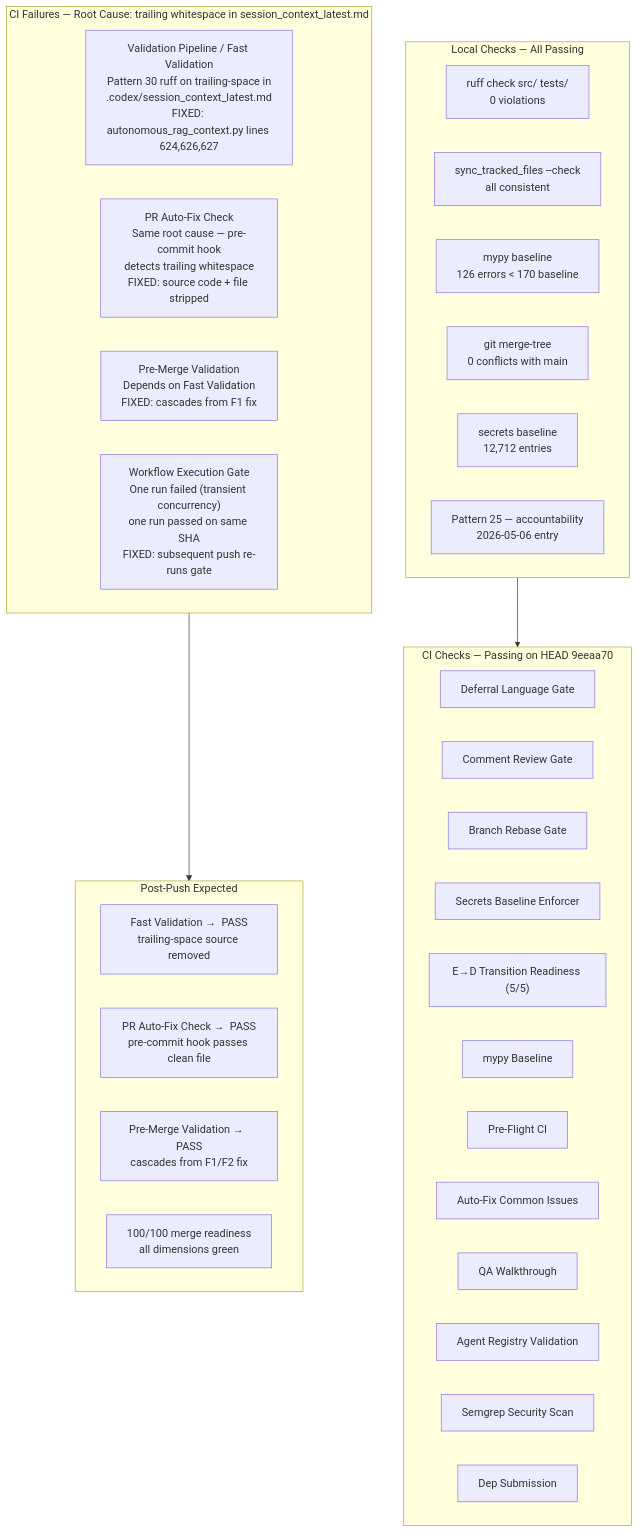
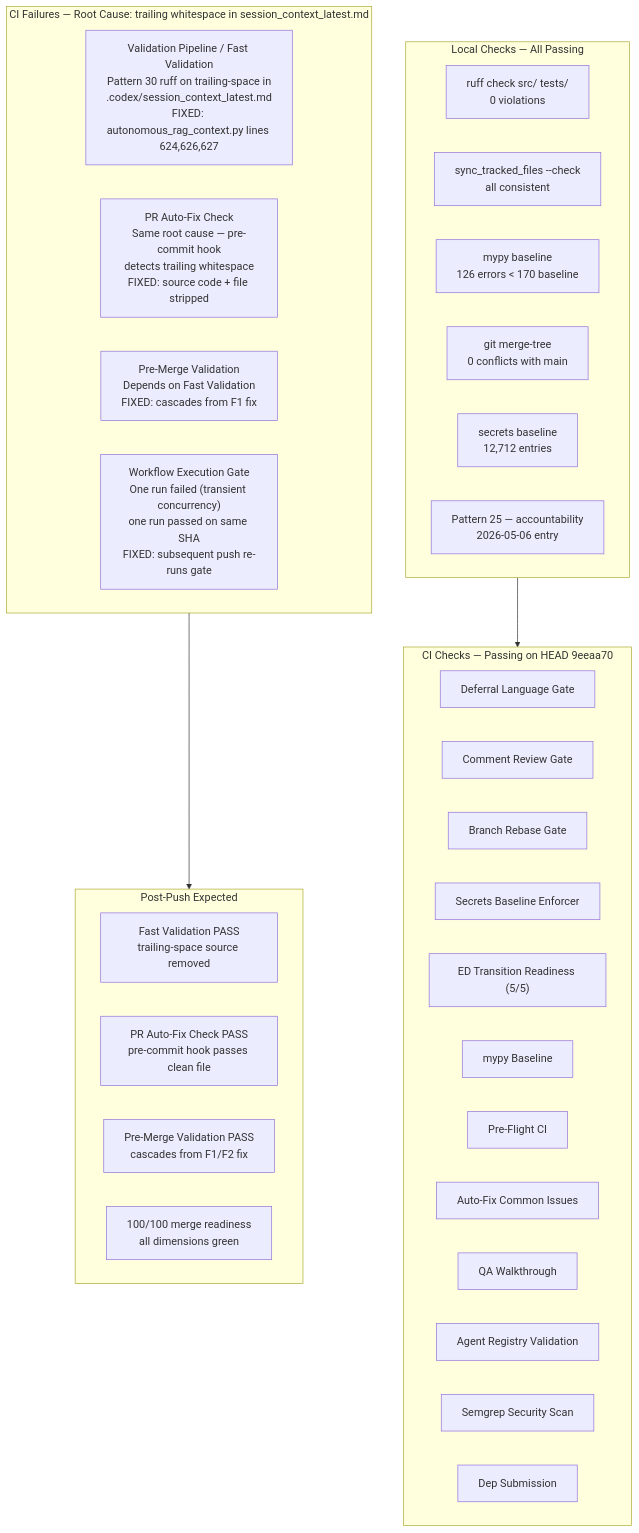
The first of 16 diagrams in docs/roadmap/PR4317_whats_next.md (Aries-Serpent/_codex_), drawn with Mermaid before and after one commit. The commit also changed other lines of this file and 4117 other files, not shown here.

````diff
--- a/docs/roadmap/PR4317_whats_next.md
+++ b/docs/roadmap/PR4317_whats_next.md
@@ -15,44 +15,46 @@
 ```mermaid
 %%{init: {'accessibility': {'title': 'Flowchart showing " Local Checks — All Passing", "ruff check src/ tests/\n0 violations "'}}%%
+
 flowchart TD
-    subgraph LOCAL[" Local Checks — All Passing"]
-        R["ruff check src/ tests/\n0 violations "]
-        S["sync_tracked_files --check\nall consistent "]
-        M["mypy baseline\n126 errors < 170 baseline "]
-        MC["git merge-tree\n0 conflicts with main "]
-        SEC["secrets baseline\n12,712 entries "]
-        P25["Pattern 25 — accountability\n2026-05-06 entry "]
-    end
+ subgraph LOCAL[" Local Checks — All Passing"]
+ R["ruff check src/ tests/\n0 violations "]
+ S["sync_tracked_files --check\nall consistent "]
+ M["mypy baseline\n126 errors < 170 baseline "]
+ MC["git merge-tree\n0 conflicts with main "]
+ SEC["secrets baseline\n12,712 entries "]
+ P25["Pattern 25 — accountability\n2026-05-06 entry "]
+ end
 
-    subgraph CI_PASS[" CI Checks — Passing on HEAD 9eeaa70"]
-        C1["Deferral Language Gate "]
-        C2["Comment Review Gate "]
-        C3["Branch Rebase Gate "]
-        C4["Secrets Baseline Enforcer "]
-        C5["E→D Transition Readiness (5/5) "]
-        C6["mypy Baseline "]
-        C7["Pre-Flight CI "]
-        C8["Auto-Fix Common Issues "]
-        C9["QA Walkthrough "]
-        C10["Agent Registry Validation "]
-        C11["Semgrep Security Scan "]
-        C12["Dep Submission "]
-    end
+ subgraph CI_PASS[" CI Checks — Passing on HEAD 9eeaa70"]
+ C1["Deferral Language Gate "]
+ C2["Comment Review Gate "]
+ C3["Branch Rebase Gate "]
+ C4["Secrets Baseline Enforcer "]
+ C5["ED Transition Readiness (5/5) "]
+ C6["mypy Baseline "]
+ C7["Pre-Flight CI "]
+ C8["Auto-Fix Common Issues "]
+ C9["QA Walkthrough "]
+ C10["Agent Registry Validation "]
+ C11["Semgrep Security Scan "]
+ C12["Dep Submission "]
+ end
 
-    subgraph CI_FAIL[" CI Failures — Root Cause: trailing whitespace in session_context_latest.md"]
-        F1["Validation Pipeline / Fast Validation\nPattern 30 ruff on trailing-space in\n.codex/session_context_latest.md\nFIXED: autonomous_rag_context.py lines 624,626,627"]
-        F2["PR Auto-Fix Check\nSame root cause — pre-commit hook\ndetects trailing whitespace\nFIXED: source code + file stripped"]
-        F3["Pre-Merge Validation\nDepends on Fast Validation\nFIXED: cascades from F1 fix"]
-        F4["Workflow Execution Gate\nOne run failed (transient concurrency)\none run passed on same SHA\nFIXED: subsequent push re-runs gate"]
-    end
+ subgraph CI_FAIL[" CI Failures — Root Cause: trailing whitespace in session_context_latest.md"]
+ F1["Validation Pipeline / Fast Validation\nPattern 30 ruff on trailing-space in\n.codex/session_context_latest.md\nFIXED: autonomous_rag_context.py lines 624,626,627"]
+ F2["PR Auto-Fix Check\nSame root cause — pre-commit hook\ndetects trailing whitespace\nFIXED: source code + file stripped"]
+ F3["Pre-Merge Validation\nDepends on Fast Validation\nFIXED: cascades from F1 fix"]
+ F4["Workflow Execution Gate\nOne run failed (transient concurrency)\none run passed on same SHA\nFIXED: subsequent push re-runs gate"]
+ end
 
-    subgraph PENDING[" Post-Push Expected"]
-        P1["Fast Validation →  PASS\ntrailing-space source removed"]
-        P2["PR Auto-Fix Check →  PASS\npre-commit hook passes clean file"]
-        P3["Pre-Merge Validation →  PASS\ncascades from F1/F2 fix"]
-        P4["100/100 merge readiness\nall dimensions green"]
-    end
+ subgraph PENDING[" Post-Push Expected"]
+ P1["Fast Validation PASS\ntrailing-space source removed"]
+ P2["PR Auto-Fix Check PASS\npre-commit hook passes clean file"]
+ P3["Pre-Merge Validation PASS\ncascades from F1/F2 fix"]
+ P4["100/100 merge readiness\nall dimensions green"]
+ end
 
-    LOCAL --> CI_PASS
-    CI_FAIL --> PENDING
+ LOCAL --> CI_PASS
+
+ CI_FAIL --> PENDING
 ```
````
